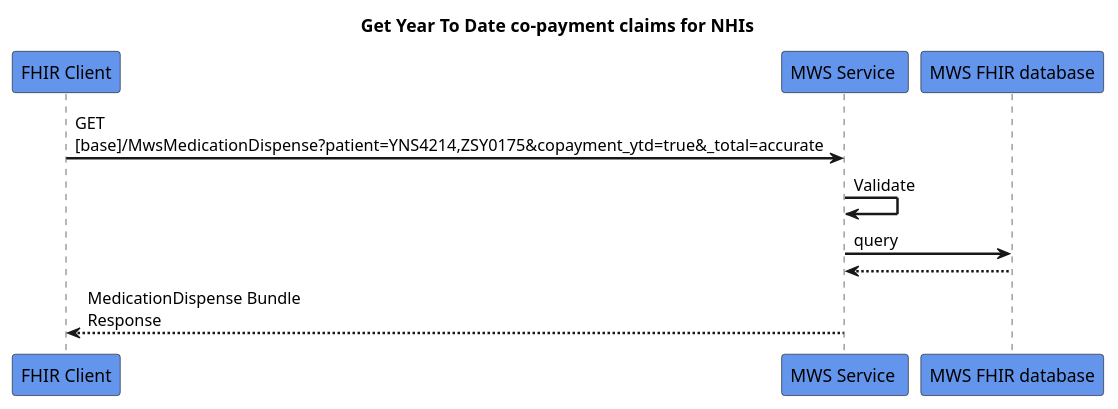
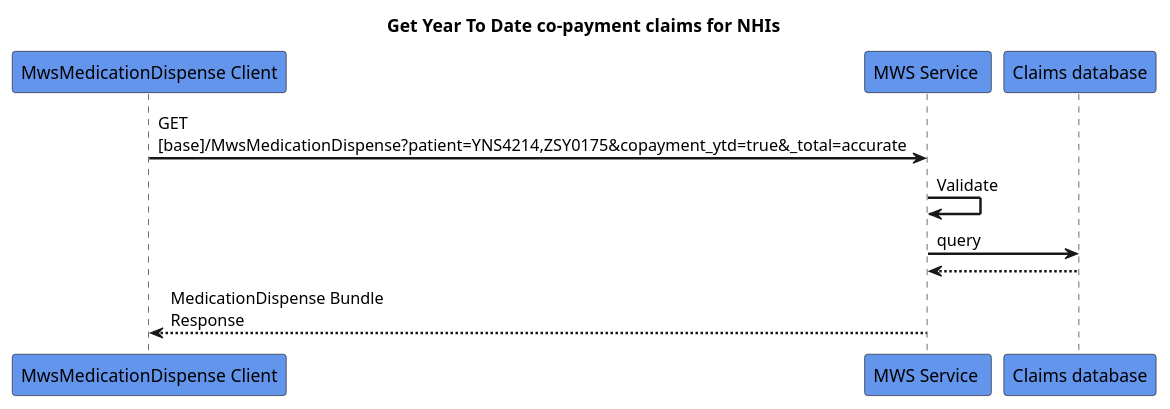
One commit to HL7NZ/mws-ig changed the diagram in input/images-source/search_copayments.plantuml. Above: the diagram before and after it, drawn with PlantUML. The commit also changed 1 other file, not shown here.

```diff
--- a/input/images-source/search_copayments.plantuml
+++ b/input/images-source/search_copayments.plantuml
@@ -1,18 +1,18 @@
 @startuml
 skinparam sequenceArrowThickness 2
 skinparam roundcorner 5
 skinparam maxmessagesize 180
 skinparam sequenceParticipant bold
 title Get Year To Date co-payment claims for NHIs
-participant "FHIR Client" as A #CornflowerBlue
+participant "MwsMedicationDispense Client" as A #CornflowerBlue
 participant "MWS Service " as B #CornflowerBlue
-participant "MWS FHIR database" as C #CornflowerBlue
+participant "Claims database" as C #CornflowerBlue
 
 A -> B: GET [base]/MwsMedicationDispense?patient=YNS4214,ZSY0175&copayment_ytd=true&_total=accurate
 B -> B: Validate
 B -> C: query
 C -[dashed]-> B:
 
 B -[dashed]-> A: MedicationDispense Bundle Response 
 
 @enduml
```
